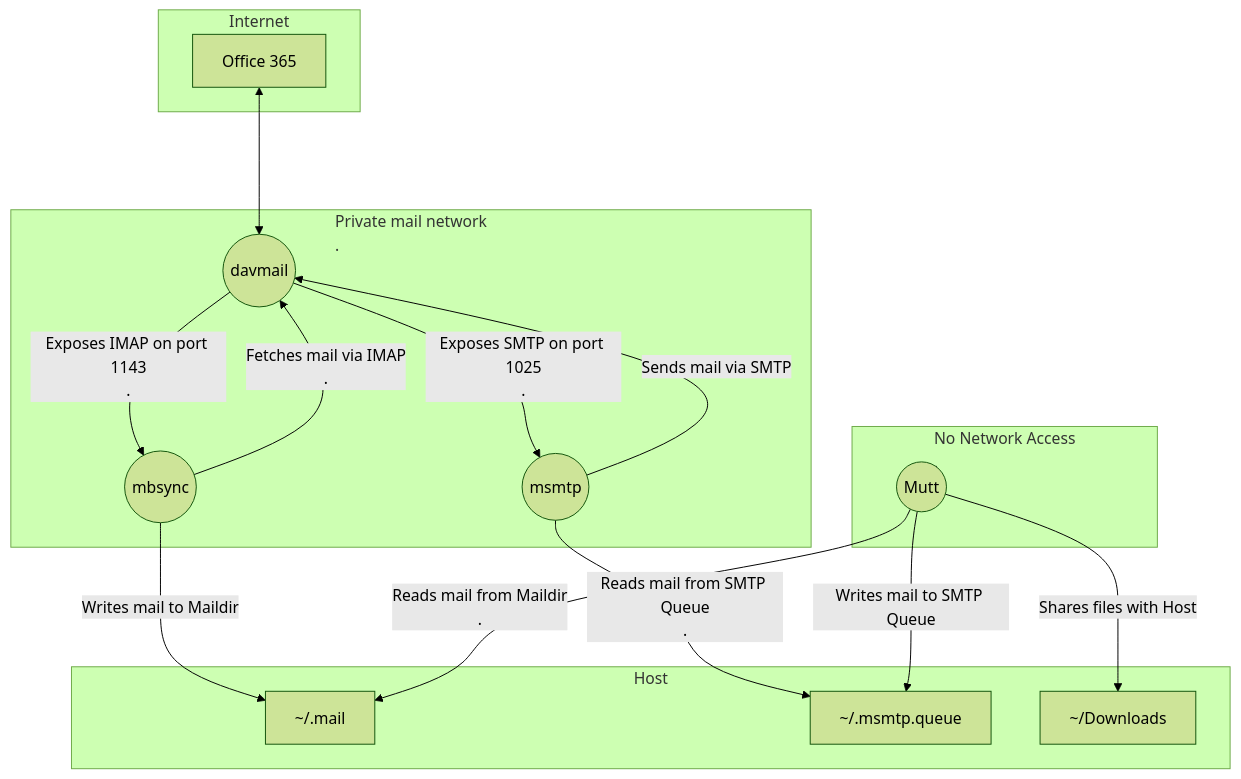
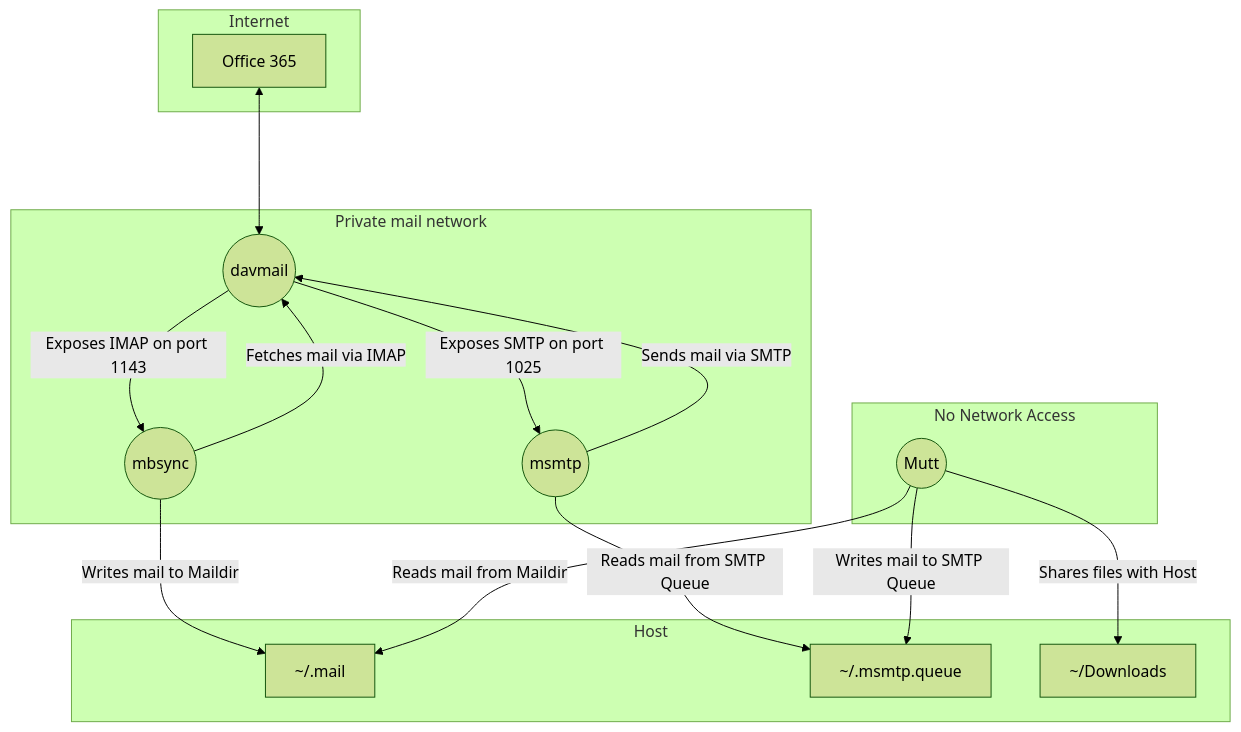
One commit to singe/muttpack changed the diagram in README.md. Above: the diagram before and after it, drawn with Mermaid (forest theme).

Commit message:
github mermaid.js works better than the playground

````diff
--- a/README.md
+++ b/README.md
@@ -16,34 +16,34 @@
 ```mermaid
 flowchart TD
     subgraph Internet
       O365[Office 365]
     end
 
     subgraph Host
       HostMailDir["~/.mail"]
       HostMsmtpQueue["~/.msmtp.queue"]
       HostDownloads["~/Downloads"]
     end
 
-    subgraph "Private mail network<br>."
+    subgraph "Private mail network"
       Davmail((davmail))
       Mbsync((mbsync))
       Msmtp((msmtp))
     end
 
-    subgraph "No Network Access<br>."
+    subgraph "No Network Access"
       Mutt((Mutt))
     end
 
     O365 <---> Davmail
-    Davmail -->|Exposes IMAP on port 1143<br>.| Mbsync
-    Davmail -->|Exposes SMTP on port 1025<br>.| Msmtp
-    Mbsync -->|Fetches mail via IMAP<br>.| Davmail
+    Davmail -->|Exposes IMAP on port 1143| Mbsync
+    Davmail -->|Exposes SMTP on port 1025| Msmtp
+    Mbsync -->|Fetches mail via IMAP| Davmail
     Msmtp -->|Sends mail via SMTP| Davmail
 
     Mbsync -->|Writes mail to Maildir| HostMailDir
-    Msmtp -->|Reads mail from SMTP Queue<br>.| HostMsmtpQueue
-    Mutt -->|Reads mail from Maildir<br>.| HostMailDir
+    Msmtp -->|Reads mail from SMTP Queue| HostMsmtpQueue
+    Mutt -->|Reads mail from Maildir| HostMailDir
     Mutt -->|Writes mail to SMTP Queue| HostMsmtpQueue
     Mutt -->|Shares files with Host| HostDownloads
 ```
````
